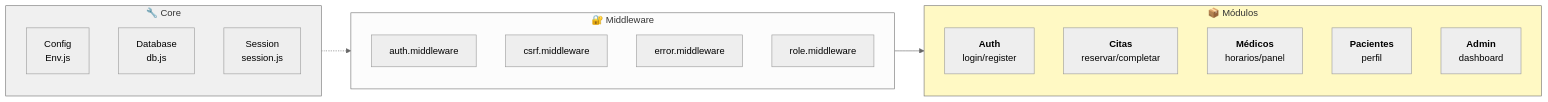
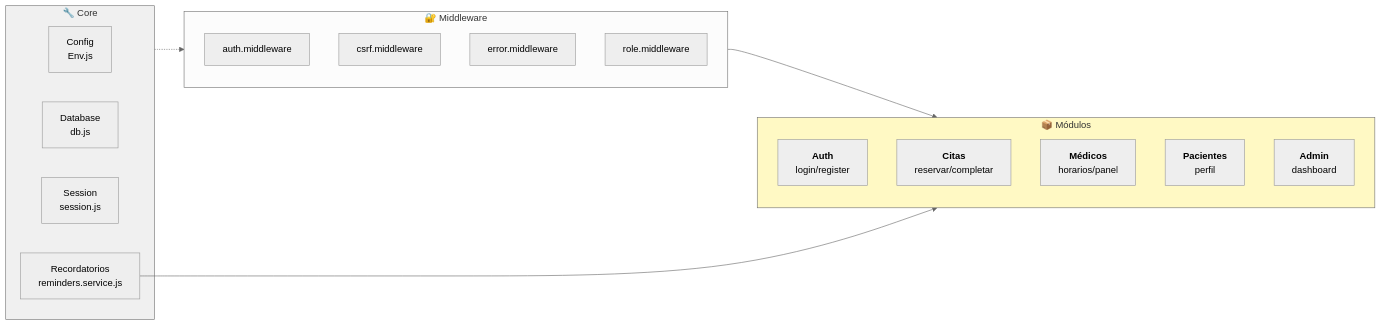
Before and after one commit to EdwardAR/CIS_II: the third of 7 diagrams in README.md, drawn with Mermaid (neutral theme). The commit also changed other lines of this file and 13 other files, not shown here.

````diff
--- a/README.md
+++ b/README.md
@@ -143,29 +145,31 @@
 ```mermaid
 graph LR
     subgraph Core["🔧 Core"]
         ENV["Config<br/>Env.js"]
         DB["Database<br/>db.js"]
         SESSION["Session<br/>session.js"]
+        REM["Recordatorios<br/>reminders.service.js"]
     end
     
     subgraph Middleware["🔐 Middleware"]
         AUTH["auth.middleware"]
         CSRF["csrf.middleware"]
         ERROR["error.middleware"]
         ROLE["role.middleware"]
     end
     
     subgraph Modules["📦 Módulos"]
         AUTH_MOD["<b>Auth</b><br/>login/register"]
         CITAS["<b>Citas</b><br/>reservar/completar"]
         MEDICOS["<b>Médicos</b><br/>horarios/panel"]
         PACIENTES["<b>Pacientes</b><br/>perfil"]
         ADMIN["<b>Admin</b><br/>dashboard"]
     end
     
     Core -.-> Middleware
     Middleware --> Modules
+    REM --> Modules
     
     style Core fill:#f0f0f0
     style Modules fill:#fff9c4
 ```
````
